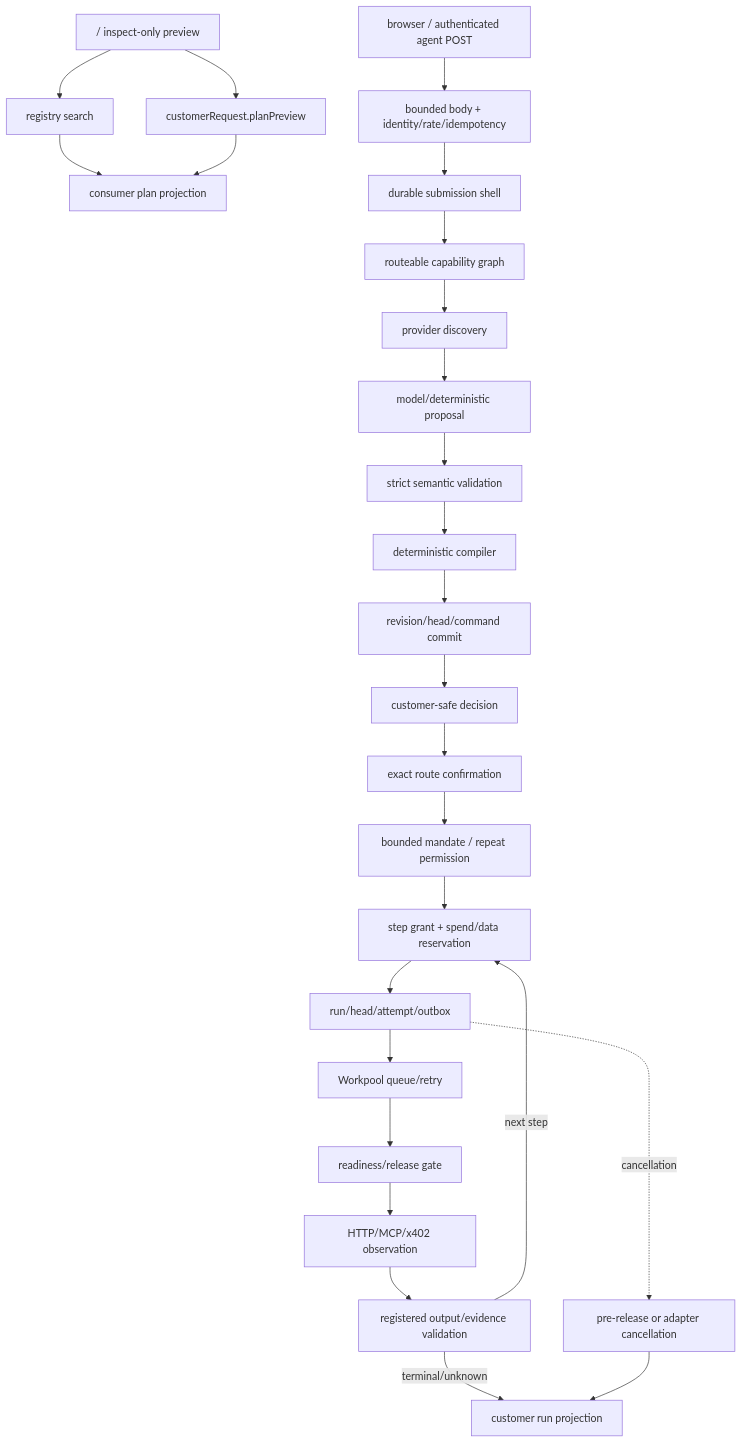
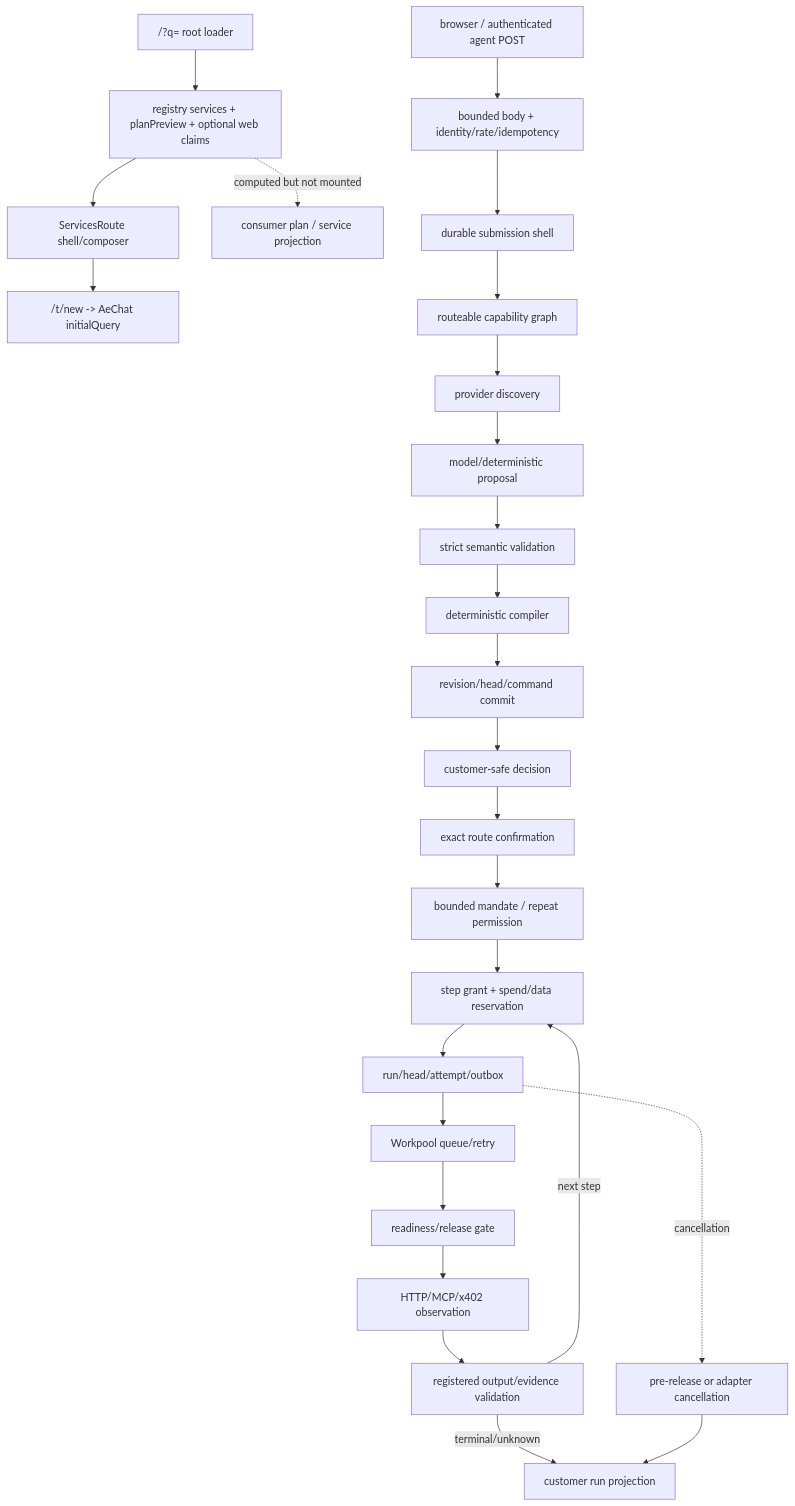
Before and after one commit to CreasyBear/Agentic-Economy: the third of 4 diagrams in .planning/codebase/PROMPT-DATA-FLOW.md, drawn with Mermaid. The commit also changed other lines of this file and 1 other file, not shown here.

Commit message:
docs: refresh maintained data flow maps

````diff
--- a/.planning/codebase/PROMPT-DATA-FLOW.md
+++ b/.planning/codebase/PROMPT-DATA-FLOW.md
@@ -131,19 +181,18 @@
 ```mermaid
 flowchart TD
-  HOME["/ inspect-only preview"] --> SEARCH["registry search"]
-  HOME --> PREVIEW["customerRequest.planPreview"]
-  SEARCH --> CONSUMER["consumer plan projection"]
-  PREVIEW --> CONSUMER
-  AGENT["browser / authenticated agent POST"] --> ADMIT["bounded body + identity/rate/idempotency"]
-  ADMIT --> SHELL["durable submission shell"] --> GRAPH["routeable capability graph"] --> DISCOVER["provider discovery"]
+  HOME["/?q= root loader"] --> READBACK["registry services + planPreview + optional web claims"]
+  READBACK --> SHELL["ServicesRoute shell/composer"]
+  SHELL --> NEW["/t/new -> AeChat initialQuery"]
+  READBACK -. computed but not mounted .-> CONSUMER["consumer plan / service projection"]
+  AGENT["browser / authenticated agent POST"] --> ADMIT["bounded body + identity/rate/idempotency"] --> DURABLE_SHELL["durable submission shell"] --> GRAPH["routeable capability graph"] --> DISCOVER["provider discovery"]
   DISCOVER --> PROPOSAL["model/deterministic proposal"] --> VALIDATE["strict semantic validation"]
   VALIDATE --> COMPILE["deterministic compiler"] --> COMMIT["revision/head/command commit"]
   COMMIT --> DECISION["customer-safe decision"] --> CONFIRM["exact route confirmation"]
   CONFIRM --> MANDATE["bounded mandate / repeat permission"] --> GRANT["step grant + spend/data reservation"]
   GRANT --> JOURNAL["run/head/attempt/outbox"] --> POOL["Workpool queue/retry"]
   POOL --> RELEASE["readiness/release gate"] --> TRANSPORT["HTTP/MCP/x402 observation"]
   TRANSPORT --> OUTCOME["registered output/evidence validation"]
   OUTCOME -->|next step| GRANT
   OUTCOME -->|terminal/unknown| RUNPROJ["customer run projection"]
   JOURNAL -. cancellation .-> CANCEL["pre-release or adapter cancellation"] --> RUNPROJ
 ```
````
